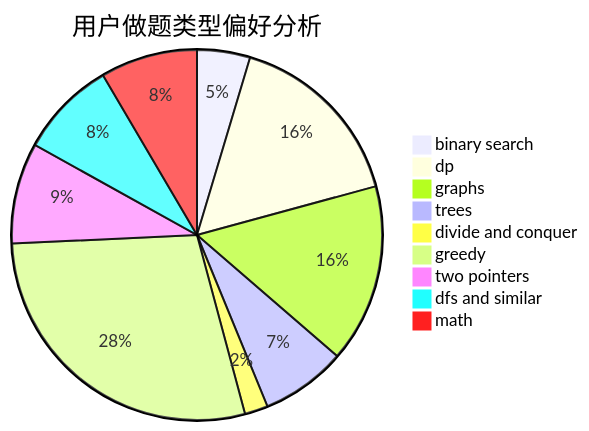
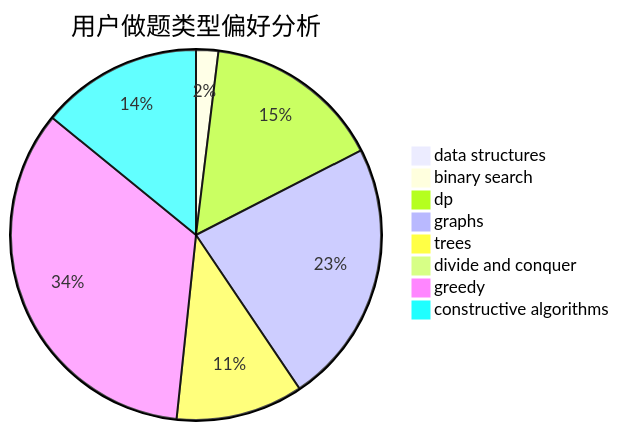
The second of 3 diagrams in docs/user/u37.md (sherpahu/cfrs.github.io), drawn with Mermaid before and after one commit. The commit also changed other lines of this file and 2775 other files, not shown here.

````diff
--- a/docs/user/u37.md
+++ b/docs/user/u37.md
@@ -23,12 +23,11 @@
 ```mermaid
 pie title 用户做题类型偏好分析
-    "binary search" :  41
-    "dp" :  143
-    "graphs" :  138
-    "trees" :  66
-    "divide and conquer" :  18
-    "greedy" :  252
-    "two pointers" :  78
-    "dfs and similar" :  75
-    "math" :  75
+    "data structures" :  1
+    "binary search" :  11
+    "dp" :  88
+    "graphs" :  131
+    "trees" :  63
+    "divide and conquer" :  0
+    "greedy" :  194
+    "constructive algorithms" :  80
 ```
````
